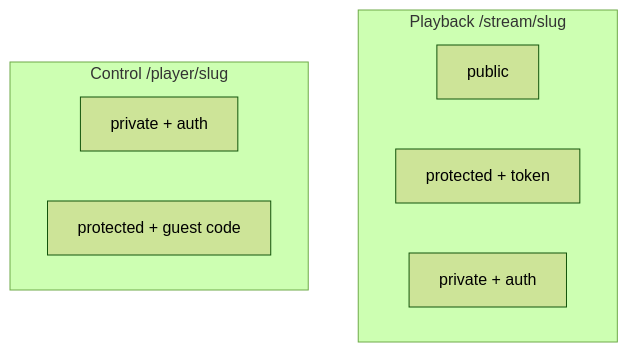
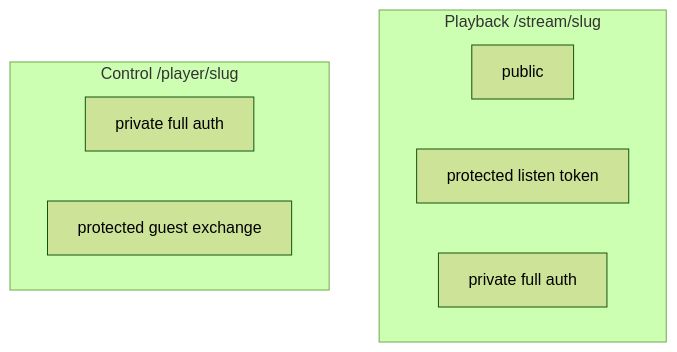
The first of 2 diagrams in docs/architecture/domains/struna-access.md (Bardie-radio/bardie-kithara), drawn with Mermaid (forest theme) before and after one commit. The commit also changed other lines of this file and 35 other files, not shown here.

````diff
--- a/docs/architecture/domains/struna-access.md
+++ b/docs/architecture/domains/struna-access.md
@@ -3,12 +3,12 @@
 ```mermaid
 flowchart TB
   subgraph playback [Playback /stream/slug]
     PP[public]
-    PR[protected + token]
-    PV[private + auth]
+    PR[protected listen token]
+    PV[private full auth]
   end
   subgraph control [Control /player/slug]
-    CP[private + auth]
-    CG[protected + guest code]
+    CP[private full auth]
+    CG[protected guest exchange]
   end
 ```
````
